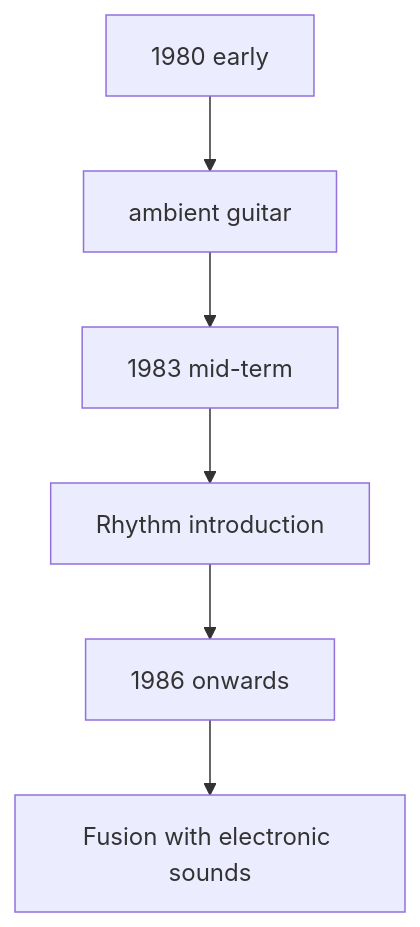
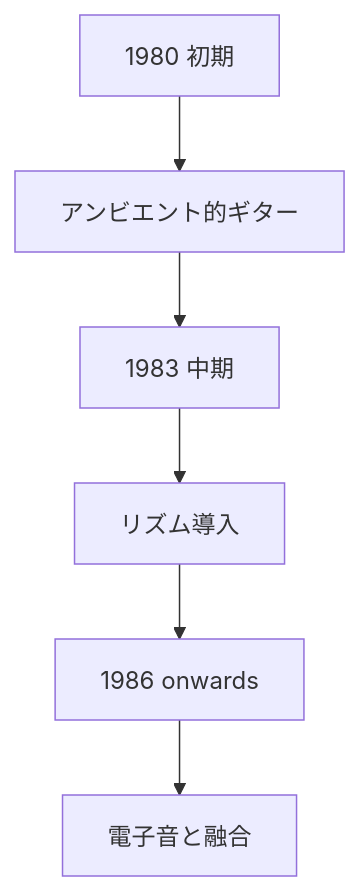
The second of 4 diagrams in en/_posts/2026-05-07-column-the-durutti-column.md (monumental-movement/monumental-movement.github.io), drawn with Mermaid before and after one commit. The commit also changed other lines of this file and 2196 other files, not shown here.

```diff
--- a/en/_posts/2026-05-07-column-the-durutti-column.md
+++ b/en/_posts/2026-05-07-column-the-durutti-column.md
@@ -98,8 +97,8 @@
 <div class="mermaid">
 graph TD
-A[1980 early] --> B[ambient guitar]
-B --> C[1983 mid-term]
-C --> D[Rhythm introduction]
+A[1980 初期] --> B[アンビエント的ギター]
+B --> C[1983 中期]
+C --> D[リズム導入]
 D --> E[1986 onwards]
-E --> F[Fusion with electronic sounds]
+E --> F[電子音と融合]
 </div>
```
